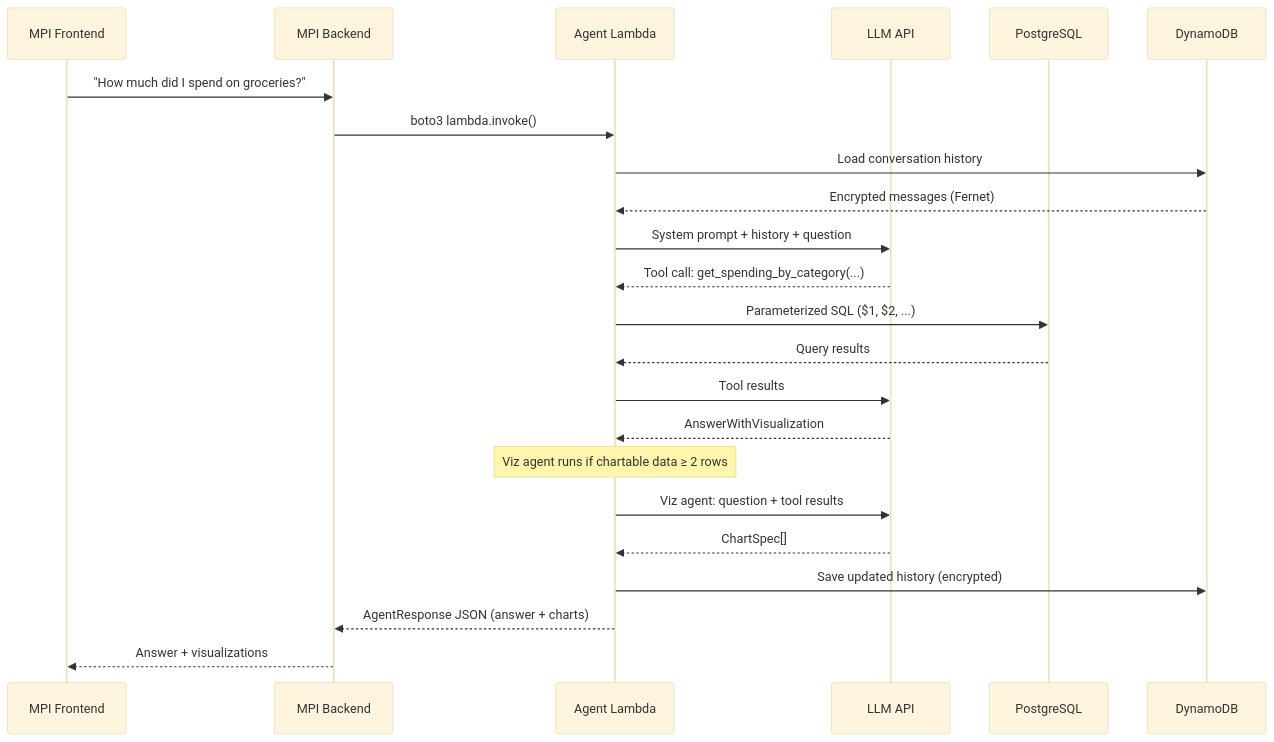
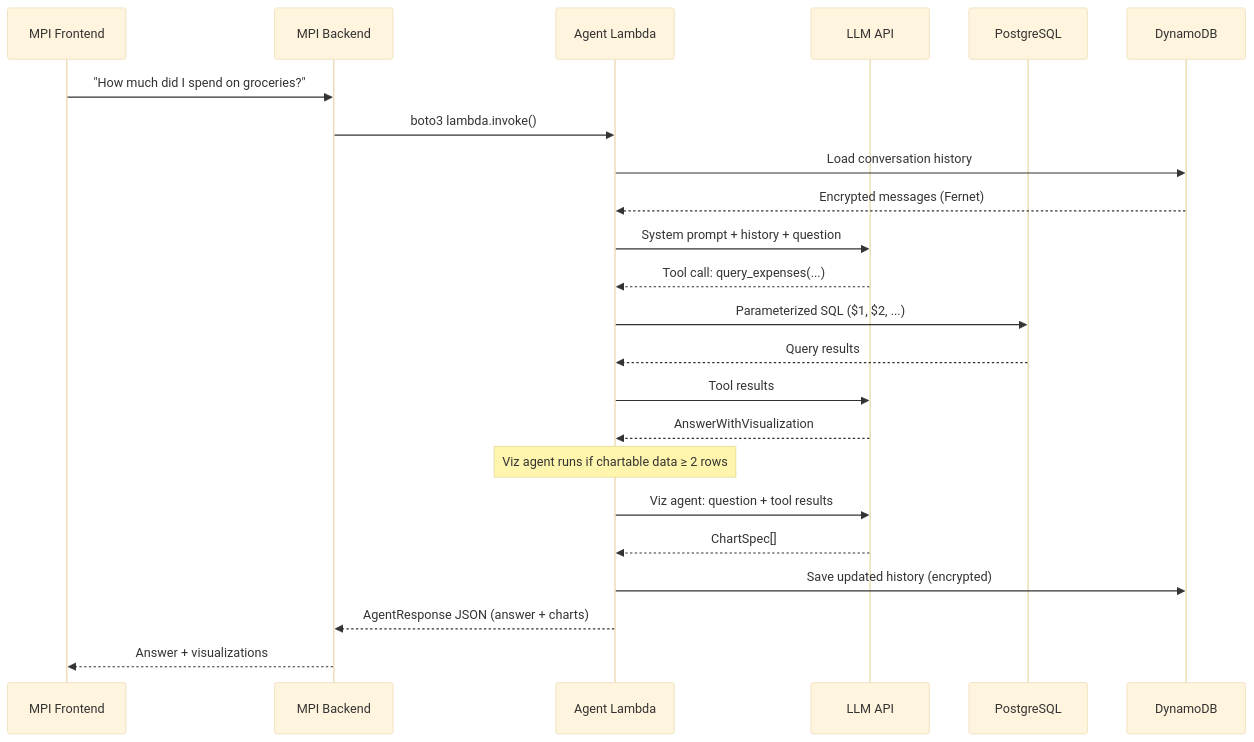
The second of 8 diagrams in README.md (maxibove13/finance-query-agent), drawn with Mermaid (base theme) before and after one commit. The commit also changed other lines of this file and 2 other files, not shown here.

First line of the commit message:
docs: update documentation to match consolidated tool architecture (#22)

````diff
--- a/README.md
+++ b/README.md
@@ -46,32 +46,32 @@
 ```mermaid
 sequenceDiagram
     participant Client as MPI Frontend
     participant Backend as MPI Backend
     participant Lambda as Agent Lambda
     participant LLM as LLM API
     participant PG as PostgreSQL
     participant Dynamo as DynamoDB
 
     Client->>Backend: "How much did I spend on groceries?"
     Backend->>Lambda: boto3 lambda.invoke()
 
     Lambda->>Dynamo: Load conversation history
     Dynamo-->>Lambda: Encrypted messages (Fernet)
 
     Lambda->>LLM: System prompt + history + question
-    LLM-->>Lambda: Tool call: get_spending_by_category(...)
+    LLM-->>Lambda: Tool call: query_expenses(...)
 
     Lambda->>PG: Parameterized SQL ($1, $2, ...)
     PG-->>Lambda: Query results
 
     Lambda->>LLM: Tool results
     LLM-->>Lambda: AnswerWithVisualization
 
     Note over Lambda: Viz agent runs if chartable data ≥ 2 rows
     Lambda->>LLM: Viz agent: question + tool results
     LLM-->>Lambda: ChartSpec[]
 
     Lambda->>Dynamo: Save updated history (encrypted)
     Lambda-->>Backend: AgentResponse JSON (answer + charts)
     Backend-->>Client: Answer + visualizations
 ```
````
